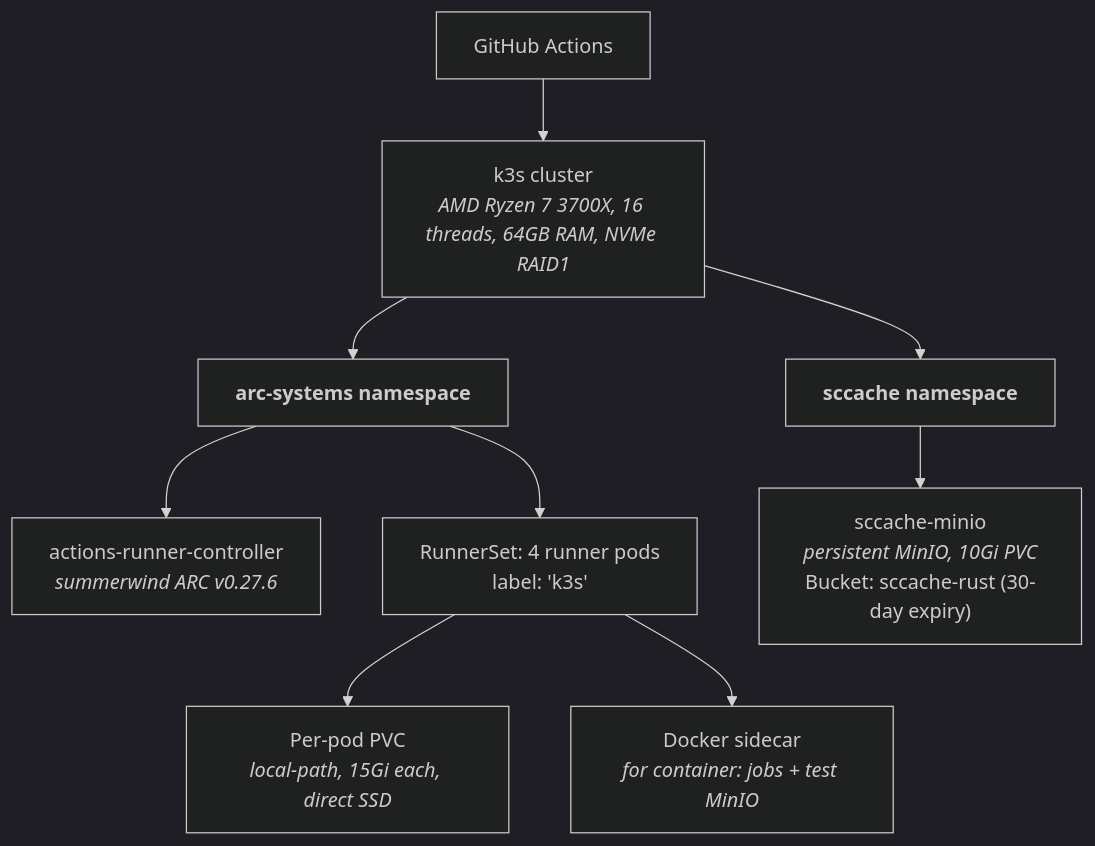
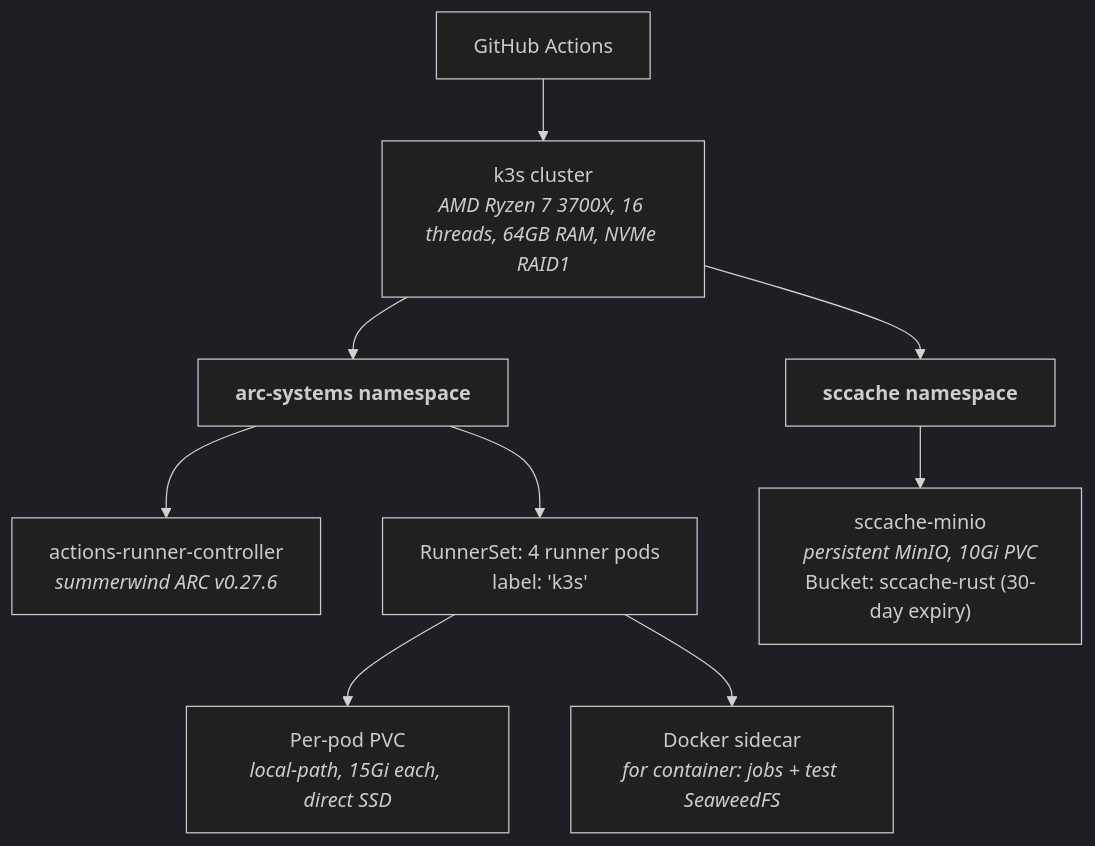
The first of 3 diagrams in docs/dev/ci-infra.md (beshu-tech/deltaglider_proxy), drawn with Mermaid (dark theme) before and after one commit. The commit also changed other lines of this file and 40 other files, not shown here.

First line of the commit message:
ci+tests: replace MinIO with SeaweedFS as the development and CI S3 backend

````diff
--- a/docs/dev/ci-infra.md
+++ b/docs/dev/ci-infra.md
@@ -9,14 +9,14 @@
 ```mermaid
 graph TD
     GH["GitHub Actions"] --> K3S["k3s cluster<br/><i>AMD Ryzen 7 3700X, 16 threads, 64GB RAM, NVMe RAID1</i>"]
 
     K3S --> ARC["<b>arc-systems namespace</b>"]
     K3S --> SCC["<b>sccache namespace</b>"]
 
     ARC --> CTRL["actions-runner-controller<br/><i>summerwind ARC v0.27.6</i>"]
     ARC --> RS["RunnerSet: 4 runner pods<br/>label: 'k3s'"]
     RS --> PVC["Per-pod PVC<br/><i>local-path, 15Gi each, direct SSD</i>"]
-    RS --> DKR["Docker sidecar<br/><i>for container: jobs + test MinIO</i>"]
+    RS --> DKR["Docker sidecar<br/><i>for container: jobs + test SeaweedFS</i>"]
 
     SCC --> MINIO["sccache-minio<br/><i>persistent MinIO, 10Gi PVC</i><br/>Bucket: sccache-rust (30-day expiry)"]
 ```
````
